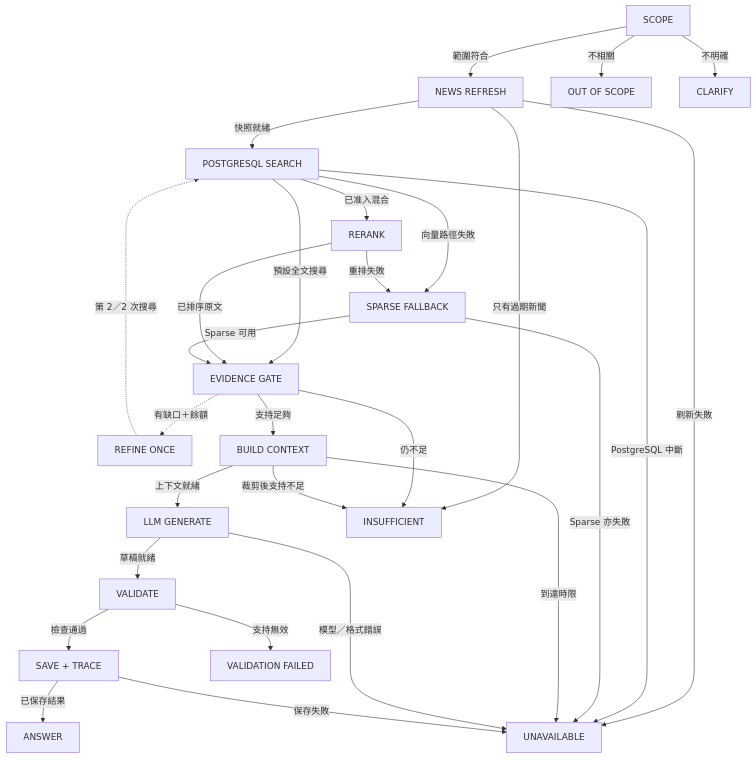
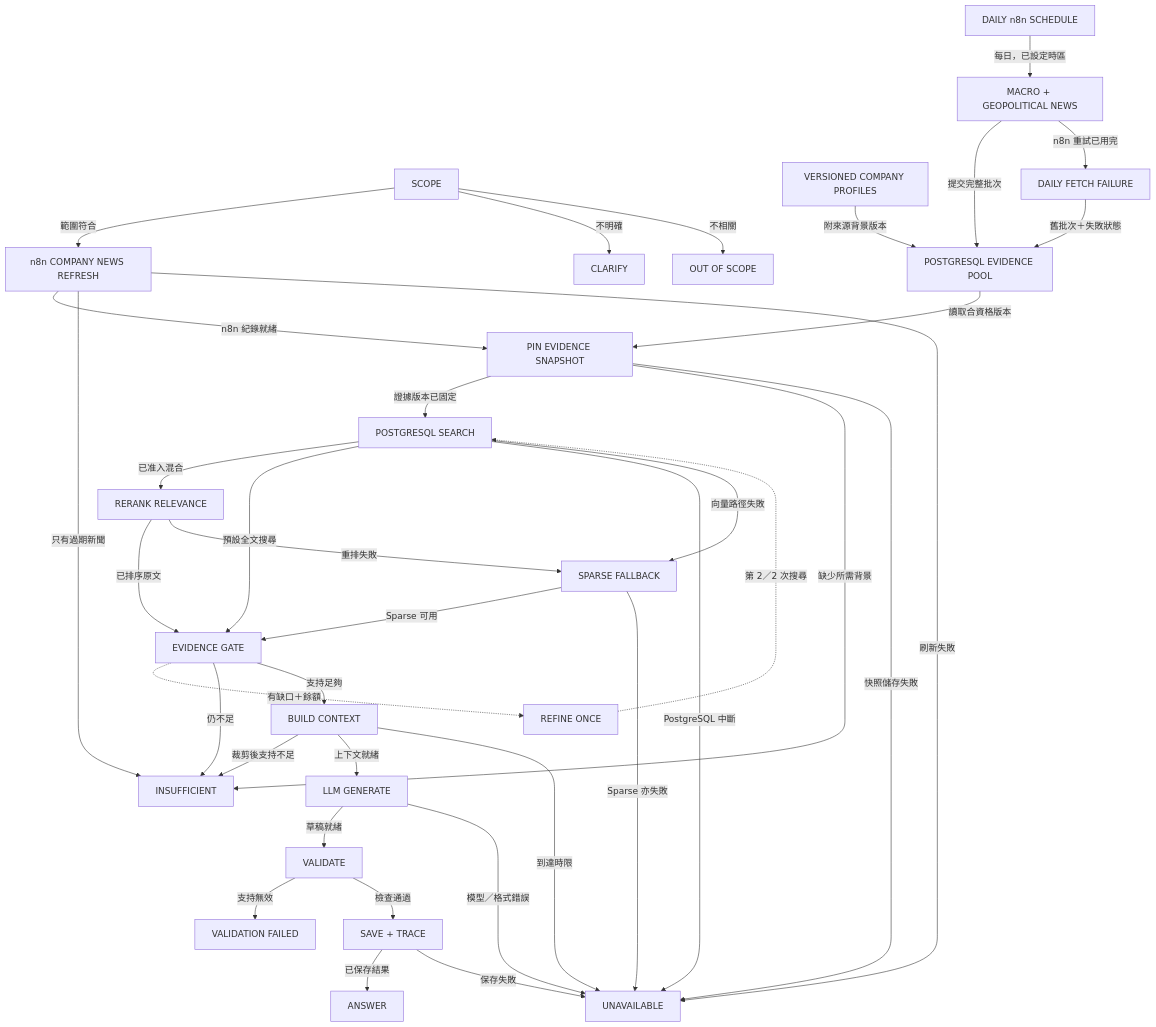
The diagram in public/downloads/finance-diagrams/overall-zh.mmd (ByronHo68/ai-learning-academy), drawn with Mermaid before and after one commit. The commit also changed 36 other files, not shown here.

Commit message:
Expand n8n news workflow with daily context and evidence snapshots

```diff
--- a/public/downloads/finance-diagrams/overall-zh.mmd
+++ b/public/downloads/finance-diagrams/overall-zh.mmd
@@ -1,45 +1,60 @@
 flowchart TD
   n0["SCOPE"]
-  n1["NEWS REFRESH"]
-  n2["POSTGRESQL SEARCH"]
-  n3["RERANK"]
-  n4["SPARSE FALLBACK"]
-  n5["EVIDENCE GATE"]
-  n6["REFINE ONCE"]
-  n7["BUILD CONTEXT"]
-  n8["LLM GENERATE"]
-  n9["VALIDATE"]
-  n10["SAVE + TRACE"]
-  n11["ANSWER"]
-  n12["INSUFFICIENT"]
-  n13["OUT OF SCOPE"]
-  n14["CLARIFY"]
-  n15["UNAVAILABLE"]
-  n16["VALIDATION FAILED"]
+  n1["n8n COMPANY NEWS REFRESH"]
+  n2["PIN EVIDENCE SNAPSHOT"]
+  n3["POSTGRESQL SEARCH"]
+  n4["RERANK RELEVANCE"]
+  n5["SPARSE FALLBACK"]
+  n6["EVIDENCE GATE"]
+  n7["REFINE ONCE"]
+  n8["BUILD CONTEXT"]
+  n9["LLM GENERATE"]
+  n10["VALIDATE"]
+  n11["SAVE + TRACE"]
+  n12["ANSWER"]
+  n13["INSUFFICIENT"]
+  n14["OUT OF SCOPE"]
+  n15["CLARIFY"]
+  n16["UNAVAILABLE"]
+  n17["VALIDATION FAILED"]
+  n18["DAILY n8n SCHEDULE"]
+  n19["MACRO + GEOPOLITICAL NEWS"]
+  n20["VERSIONED COMPANY PROFILES"]
+  n21["POSTGRESQL EVIDENCE POOL"]
+  n22["DAILY FETCH FAILURE"]
   n0 -- "範圍符合" --> n1
-  n0 -- "不明確" --> n14
-  n0 -- "不相關" --> n13
-  n1 -- "快照就緒" --> n2
-  n1 -- "只有過期新聞" --> n12
-  n1 -- "刷新失敗" --> n15
-  n2 -- "已准入混合" --> n3
-  n2 -- "預設全文搜尋" --> n5
-  n2 -- "PostgreSQL 中斷" --> n15
-  n2 -- "向量路徑失敗" --> n4
-  n3 -- "已排序原文" --> n5
-  n3 -- "重排失敗" --> n4
-  n4 -- "Sparse 可用" --> n5
-  n4 -- "Sparse 亦失敗" --> n15
-  n5 -. "有缺口＋餘額" .-> n6
-  n6 -. "第 2／2 次搜尋" .-> n2
-  n5 -- "仍不足" --> n12
-  n5 -- "支持足夠" --> n7
-  n7 -- "裁剪後支持不足" --> n12
-  n7 -- "上下文就緒" --> n8
-  n7 -- "到達時限" --> n15
-  n8 -- "草稿就緒" --> n9
-  n8 -- "模型／格式錯誤" --> n15
-  n9 -- "支持無效" --> n16
-  n9 -- "檢查通過" --> n10
-  n10 -- "已保存結果" --> n11
-  n10 -- "保存失敗" --> n15
+  n0 -- "不明確" --> n15
+  n0 -- "不相關" --> n14
+  n1 -- "n8n 紀錄就緒" --> n2
+  n2 -- "證據版本已固定" --> n3
+  n2 -- "缺少所需背景" --> n13
+  n2 -- "快照儲存失敗" --> n16
+  n1 -- "只有過期新聞" --> n13
+  n1 -- "刷新失敗" --> n16
+  n3 -- "已准入混合" --> n4
+  n3 -- "預設全文搜尋" --> n6
+  n3 -- "PostgreSQL 中斷" --> n16
+  n3 -- "向量路徑失敗" --> n5
+  n4 -- "已排序原文" --> n6
+  n4 -- "重排失敗" --> n5
+  n5 -- "Sparse 可用" --> n6
+  n5 -- "Sparse 亦失敗" --> n16
+  n6 -. "有缺口＋餘額" .-> n7
+  n7 -. "第 2／2 次搜尋" .-> n3
+  n6 -- "仍不足" --> n13
+  n6 -- "支持足夠" --> n8
+  n8 -- "裁剪後支持不足" --> n13
+  n8 -- "上下文就緒" --> n9
+  n8 -- "到達時限" --> n16
+  n9 -- "草稿就緒" --> n10
+  n9 -- "模型／格式錯誤" --> n16
+  n10 -- "支持無效" --> n17
+  n10 -- "檢查通過" --> n11
+  n11 -- "已保存結果" --> n12
+  n11 -- "保存失敗" --> n16
+  n18 -- "每日，已設定時區" --> n19
+  n19 -- "提交完整批次" --> n21
+  n19 -- "n8n 重試已用完" --> n22
+  n22 -- "舊批次＋失敗狀態" --> n21
+  n20 -- "附來源背景版本" --> n21
+  n21 -- "讀取合資格版本" --> n2
```
